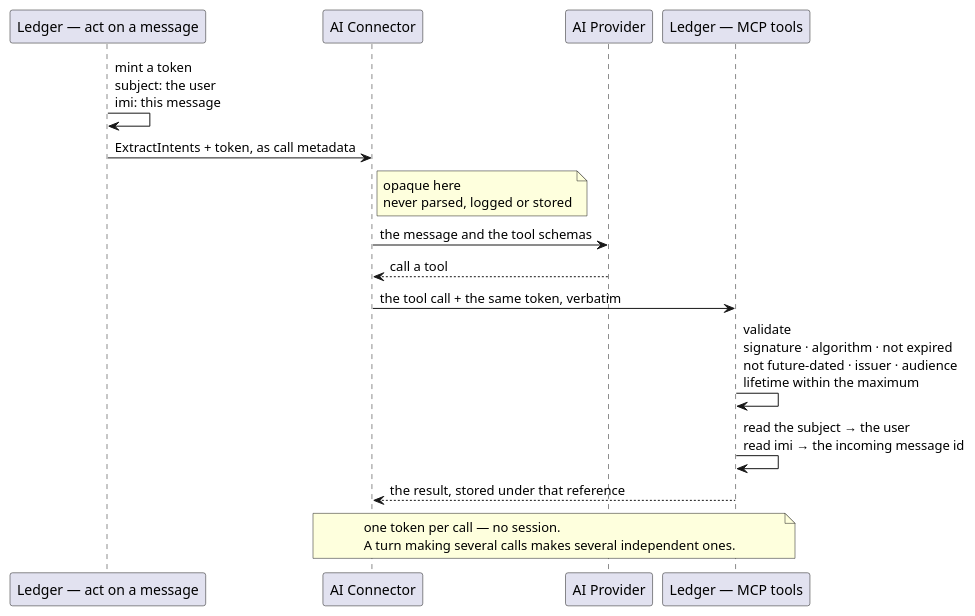
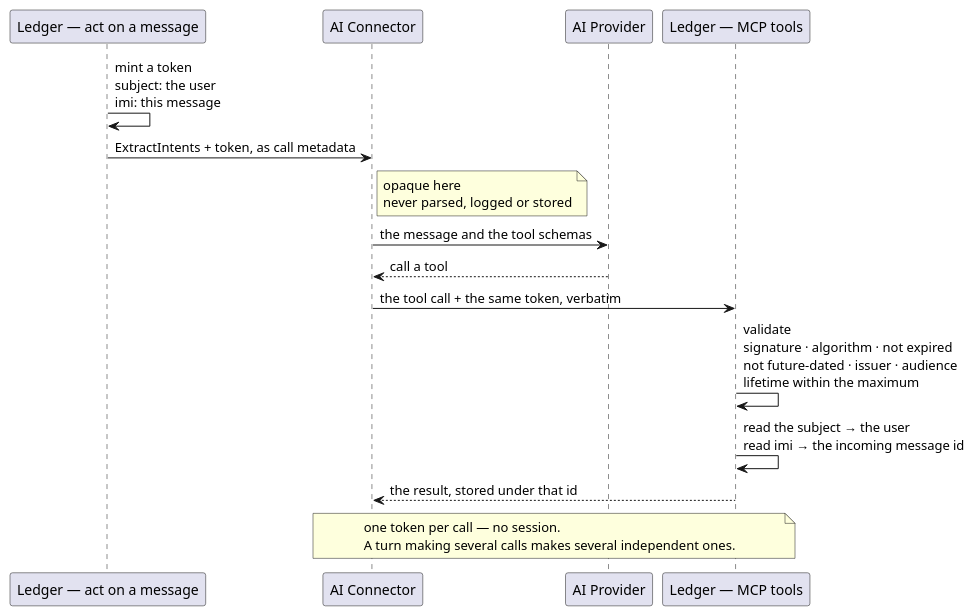
The diagram in ledger-service/docs/contracts/in/mcp.md (ds-usova/finance-bot), drawn with PlantUML before and after one commit. The commit also changed other lines of this file and 24 other files, not shown here.

````diff
--- a/ledger-service/docs/contracts/in/mcp.md
+++ b/ledger-service/docs/contracts/in/mcp.md
@@ -121,22 +122,22 @@
 ```plantuml
 @startuml McpCallerToken-Sequence
 participant "Ledger — act on a message" as Turn
 participant "AI Connector" as Connector
 participant "AI Provider" as Provider
 participant "Ledger — MCP tools" as Tools
 
 Turn -> Turn : mint a token\nsubject: the user\nimi: this message
 Turn -> Connector : ExtractIntents + token, as call metadata
 note right of Connector : opaque here\nnever parsed, logged or stored
 
 Connector -> Provider : the message and the tool schemas
 Provider --> Connector : call a tool
 
 Connector -> Tools : the tool call + the same token, verbatim
 Tools -> Tools : validate\nsignature · algorithm · not expired\nnot future-dated · issuer · audience\nlifetime within the maximum
 Tools -> Tools : read the subject → the user\nread imi → the incoming message id
-Tools --> Connector : the result, stored under that reference
+Tools --> Connector : the result, stored under that id
 
 note over Connector, Tools : one token per call — no session.\nA turn making several calls makes several independent ones.
 @enduml
 ```
````
